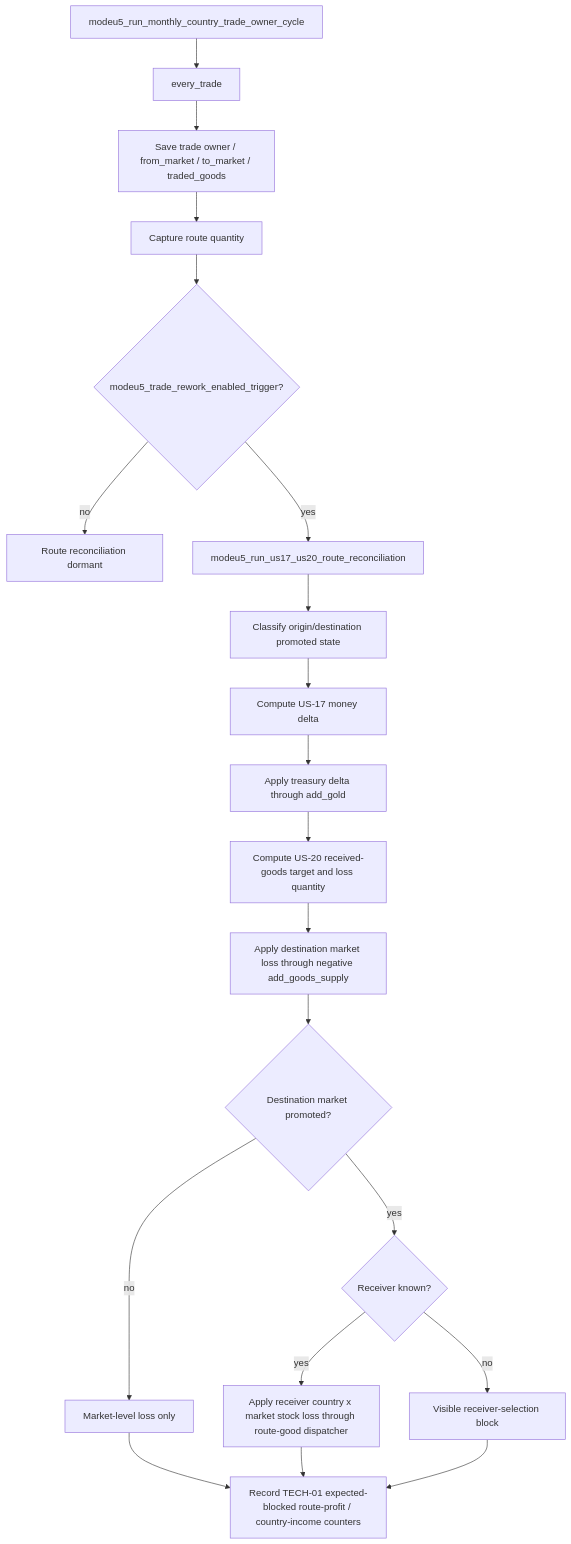
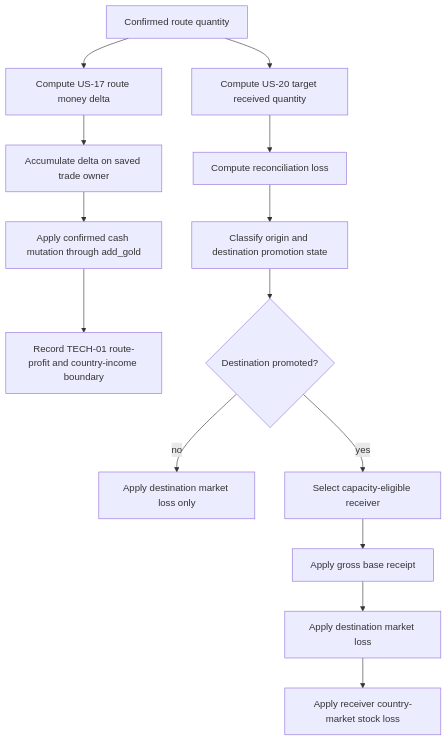
The second of 6 diagrams in docs/audits/pr107/Q5_workflow_state.md (eu5mod/eu5-no-void-economy), drawn with Mermaid before and after one commit. The commit also changed other lines of this file, not shown here.

Commit message:
Update PR107 Q5 flow and coverage status

````diff
--- a/docs/audits/pr107/Q5_workflow_state.md
+++ b/docs/audits/pr107/Q5_workflow_state.md
@@ -56,22 +47,17 @@
 ```mermaid
 flowchart TD
-    A[modeu5_run_monthly_country_trade_owner_cycle] --> B[every_trade]
-    B --> C[Save trade owner / from_market / to_market / traded_goods]
-    C --> D[Capture route quantity]
-    D --> E{modeu5_trade_rework_enabled_trigger?}
-    E -- no --> Z[Route reconciliation dormant]
-    E -- yes --> F[modeu5_run_us17_us20_route_reconciliation]
-    F --> G[Classify origin/destination promoted state]
-    G --> H[Compute US-17 money delta]
-    H --> I[Apply treasury delta through add_gold]
-    I --> J[Compute US-20 received-goods target and loss quantity]
-    J --> K[Apply destination market loss through negative add_goods_supply]
-    K --> L{Destination market promoted?}
-    L -- no --> M[Market-level loss only]
-    L -- yes --> N{Receiver known?}
-    N -- yes --> O[Apply receiver country x market stock loss through route-good dispatcher]
-    N -- no --> P[Visible receiver-selection block]
-    O --> Q[Record TECH-01 expected-blocked route-profit / country-income counters]
-    M --> Q
-    P --> Q
+    A[Confirmed route quantity] --> B[Compute US-17 route money delta]
+    B --> C[Accumulate delta on saved trade owner]
+    C --> D[Apply confirmed cash mutation through add_gold]
+    D --> E[Record TECH-01 route-profit and country-income boundary]
+
+    A --> F[Compute US-20 target received quantity]
+    F --> G[Compute reconciliation loss]
+    G --> H[Classify origin and destination promotion state]
+    H --> I{Destination promoted?}
+    I -- no --> J[Apply destination market loss only]
+    I -- yes --> K[Select capacity-eligible receiver]
+    K --> L[Apply gross base receipt]
+    L --> M[Apply destination market loss]
+    M --> N[Apply receiver country-market stock loss]
 ```
````
